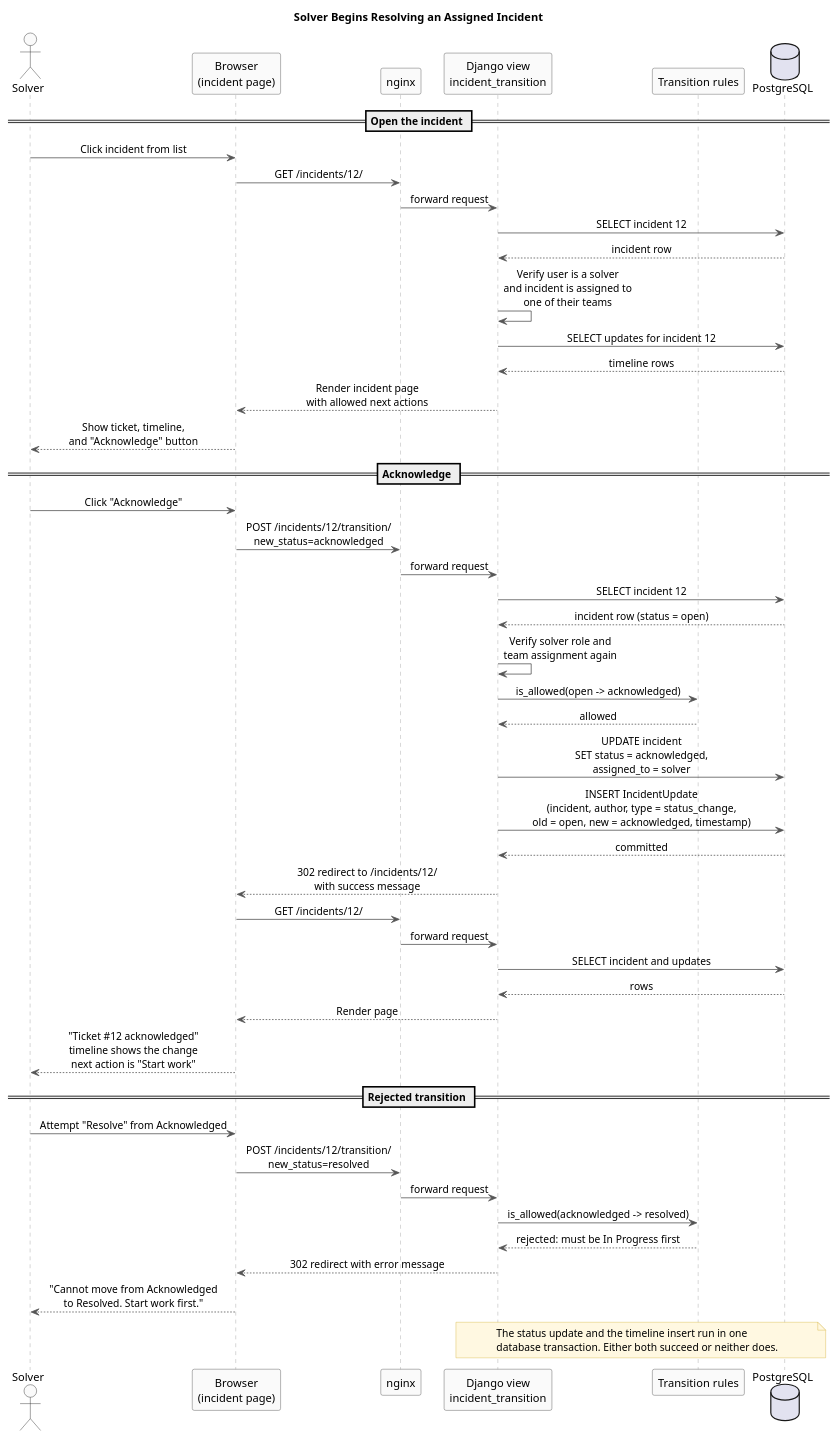
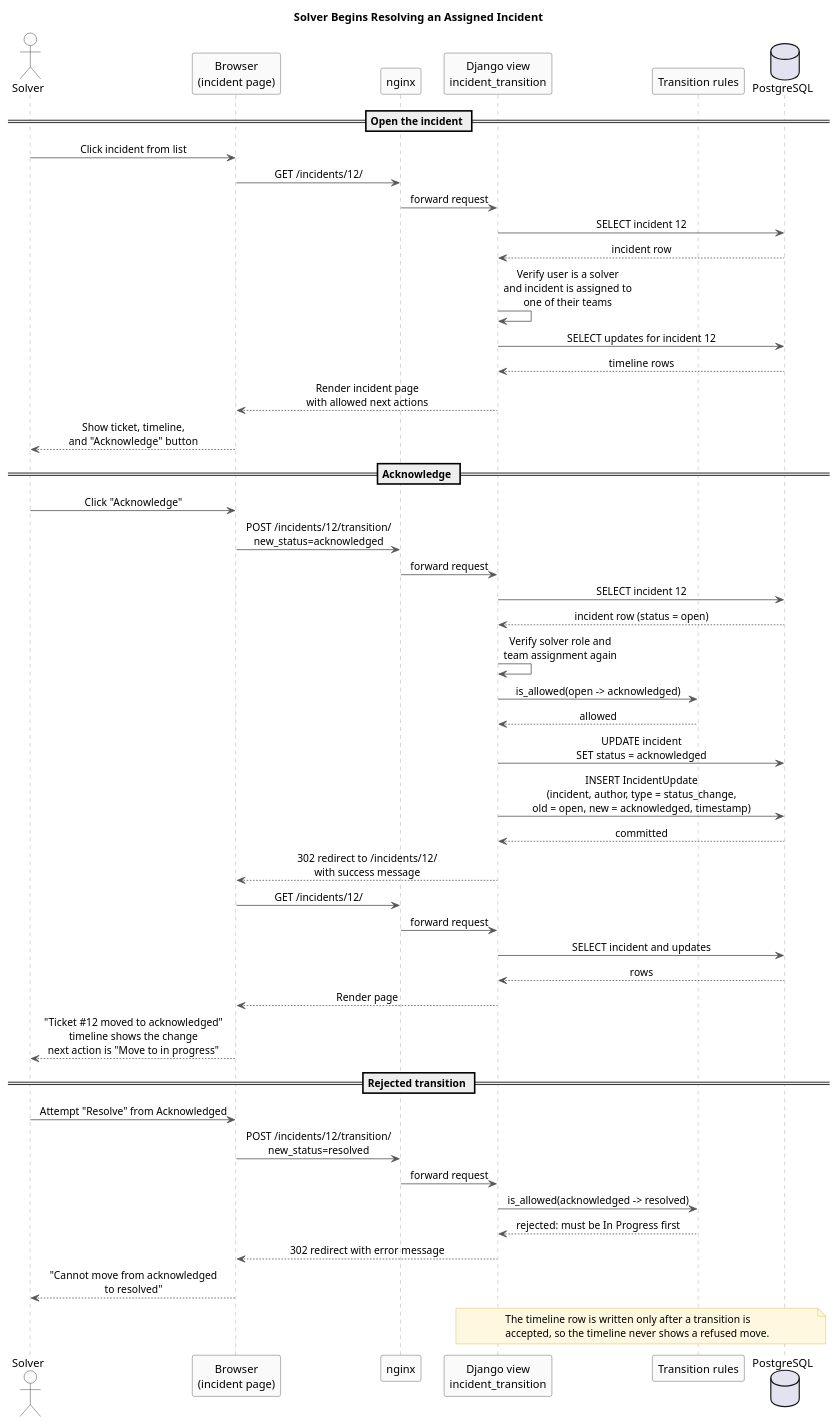
Before and after one commit to ZiedRbd/COSC-3339-Fall-2026-Term-Project: the diagram in docs/solver-sequence.puml, drawn with PlantUML. The commit also changed 9 other files, not shown here.

Commit message:
Block solvers from deleting tickets; correct diagrams and docs to match the code

```diff
--- a/docs/solver-sequence.puml
+++ b/docs/solver-sequence.puml
@@ -1,72 +1,72 @@
 @startuml Solver Begins Work
 skinparam shadowing false
 skinparam sequenceMessageAlign center
 skinparam sequence {
   ArrowColor #555555
   LifeLineBorderColor #999999
   ParticipantBackgroundColor #FAFAFA
   ParticipantBorderColor #444444
   ActorBackgroundColor #FAFAFA
   FontName Helvetica
 }
 skinparam noteBackgroundColor #FFF8E1
 skinparam noteBorderColor #D4AF37
 
 title Solver Begins Resolving an Assigned Incident
 
 actor Solver
 participant "Browser\n(incident page)" as Browser
 participant "nginx" as Nginx
 participant "Django view\nincident_transition" as View
 participant "Transition rules" as Rules
 database "PostgreSQL" as DB
 
 == Open the incident ==
 Solver -> Browser : Click incident from list
 Browser -> Nginx : GET /incidents/12/
 Nginx -> View : forward request
 View -> DB : SELECT incident 12
 DB --> View : incident row
 View -> View : Verify user is a solver\nand incident is assigned to\none of their teams
 View -> DB : SELECT updates for incident 12
 DB --> View : timeline rows
 View --> Browser : Render incident page\nwith allowed next actions
 Browser --> Solver : Show ticket, timeline,\nand "Acknowledge" button
 
 == Acknowledge ==
 Solver -> Browser : Click "Acknowledge"
 Browser -> Nginx : POST /incidents/12/transition/\nnew_status=acknowledged
 Nginx -> View : forward request
 View -> DB : SELECT incident 12
 DB --> View : incident row (status = open)
 View -> View : Verify solver role and\nteam assignment again
 View -> Rules : is_allowed(open -> acknowledged)
 Rules --> View : allowed
 
-View -> DB : UPDATE incident\nSET status = acknowledged,\nassigned_to = solver
+View -> DB : UPDATE incident\nSET status = acknowledged
 View -> DB : INSERT IncidentUpdate\n(incident, author, type = status_change,\nold = open, new = acknowledged, timestamp)
 DB --> View : committed
 
 View --> Browser : 302 redirect to /incidents/12/\nwith success message
 Browser -> Nginx : GET /incidents/12/
 Nginx -> View : forward request
 View -> DB : SELECT incident and updates
 DB --> View : rows
 View --> Browser : Render page
-Browser --> Solver : "Ticket #12 acknowledged"\ntimeline shows the change\nnext action is "Start work"
+Browser --> Solver : "Ticket #12 moved to acknowledged"\ntimeline shows the change\nnext action is "Move to in progress"
 
 == Rejected transition ==
 Solver -> Browser : Attempt "Resolve" from Acknowledged
 Browser -> Nginx : POST /incidents/12/transition/\nnew_status=resolved
 Nginx -> View : forward request
 View -> Rules : is_allowed(acknowledged -> resolved)
 Rules --> View : rejected: must be In Progress first
 View --> Browser : 302 redirect with error message
-Browser --> Solver : "Cannot move from Acknowledged\nto Resolved. Start work first."
+Browser --> Solver : "Cannot move from acknowledged\nto resolved"
 
 note over View, DB
-  The status update and the timeline insert run in one
-  database transaction. Either both succeed or neither does.
+  The timeline row is written only after a transition is
+  accepted, so the timeline never shows a refused move.
 end note
 
 @enduml
```
